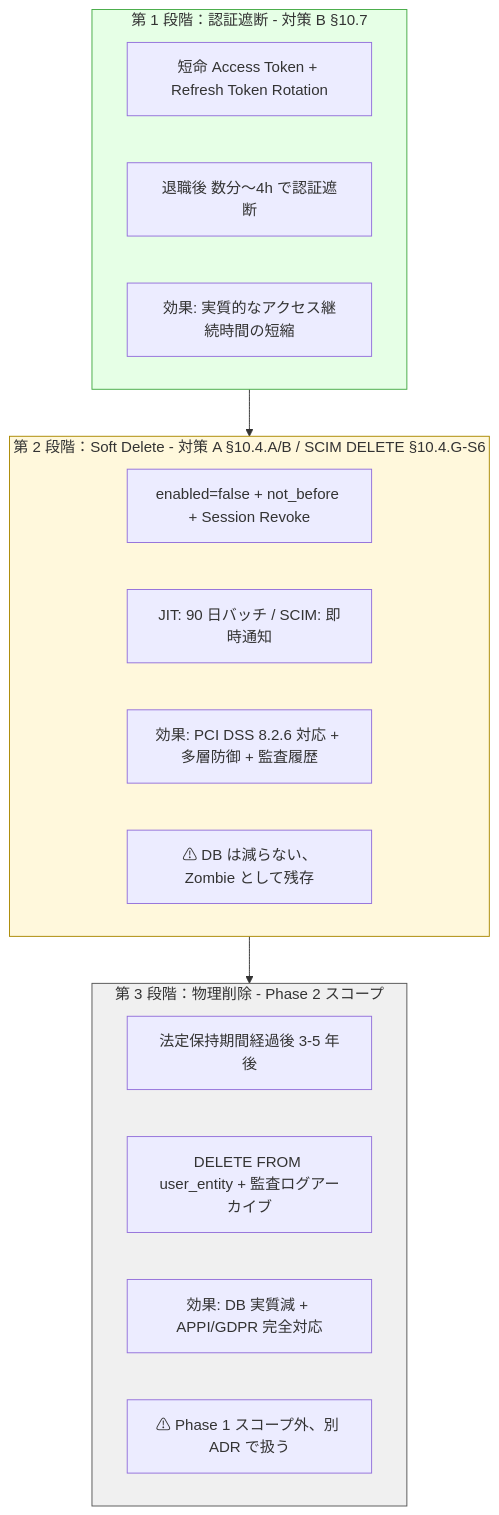
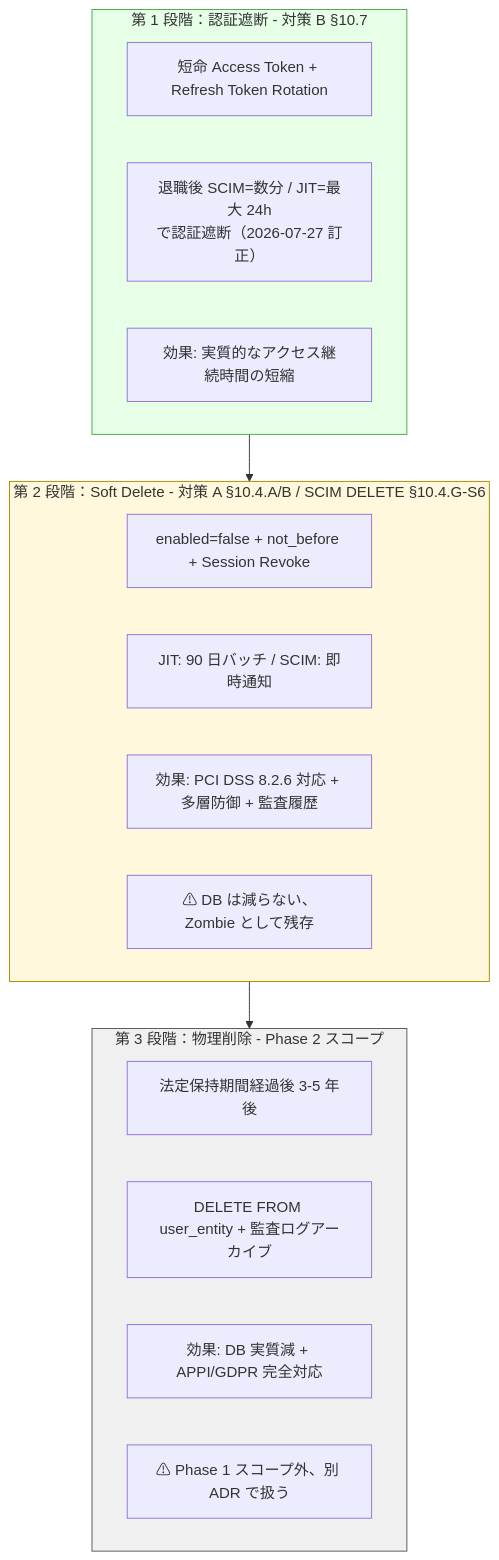
One commit to suepie/aws-atuh-poc changed diagram 25 of 34 in doc/common/jit-scim-coexistence-keycloak.md. Above: the diagram before and after it, drawn with Mermaid. The commit also changed other lines of this file and 22 other files, not shown here.

````diff
--- a/doc/common/jit-scim-coexistence-keycloak.md
+++ b/doc/common/jit-scim-coexistence-keycloak.md
@@ -2678,29 +2678,29 @@
 ```mermaid
 flowchart TB
     subgraph L1 [第 1 段階：認証遮断 - 対策 B §10.7]
         L1_A[短命 Access Token + Refresh Token Rotation]
-        L1_B[退職後 数分〜4h で認証遮断]
+        L1_B[退職後 SCIM=数分 / JIT=最大 24h<br/>で認証遮断（2026-07-27 訂正）]
         L1_C[効果: 実質的なアクセス継続時間の短縮]
     end
     subgraph L2 [第 2 段階：Soft Delete - 対策 A §10.4.A/B / SCIM DELETE §10.4.G-S6]
         L2_A[enabled=false + not_before + Session Revoke]
         L2_B[JIT: 90 日バッチ / SCIM: 即時通知]
         L2_C[効果: PCI DSS 8.2.6 対応 + 多層防御 + 監査履歴]
         L2_D[⚠ DB は減らない、Zombie として残存]
     end
     subgraph L3 [第 3 段階：物理削除 - Phase 2 スコープ]
         L3_A[法定保持期間経過後 3-5 年後]
         L3_B[DELETE FROM user_entity + 監査ログアーカイブ]
         L3_C[効果: DB 実質減 + APPI/GDPR 完全対応]
         L3_D[⚠ Phase 1 スコープ外、別 ADR で扱う]
     end
     L1 --> L2
     L2 --> L3
 
     classDef p1 fill:#e6ffe6,stroke:#4a4
     classDef p2 fill:#fff8dc,stroke:#a80
     classDef p3 fill:#f0f0f0,stroke:#555
     class L1 p1
     class L2 p2
     class L3 p3
 ```
````
